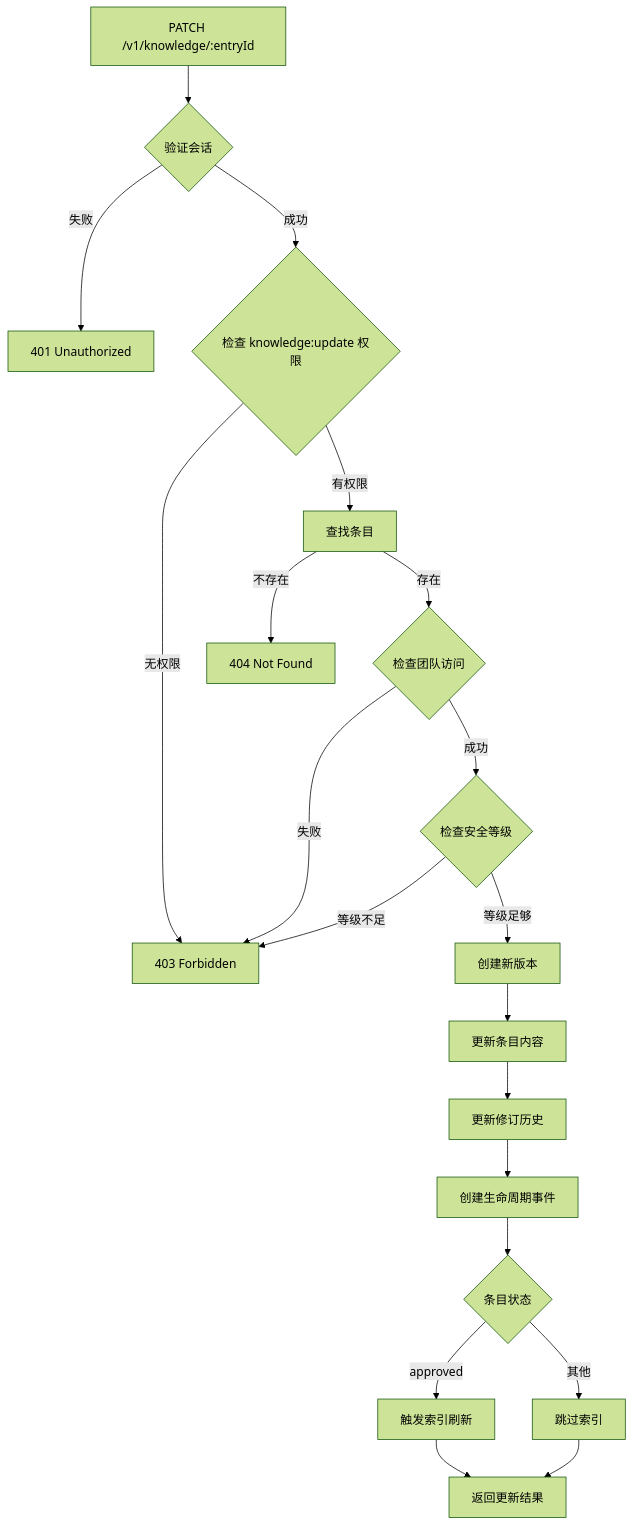
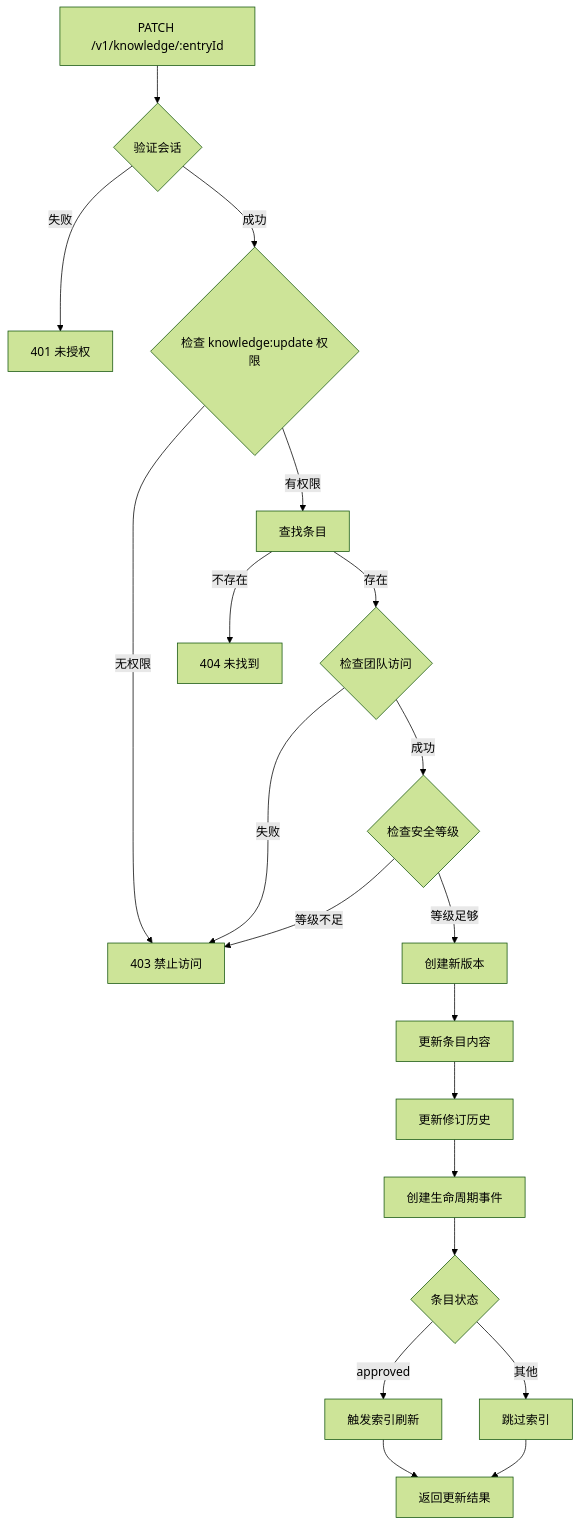
The first of 5 diagrams in docs/architecture/components/UPDATE.md (pofossette/TrapMap-for-vibing), drawn with Mermaid (forest theme) before and after one commit. The commit also changed 11 other files, not shown here.

First line of the commit message:
docs: 转换 ASCII 框图为 Mermaid flowchart tb + subgraph，翻译已有 Mermaid 图表为简体中文

````diff
--- a/docs/architecture/components/UPDATE.md
+++ b/docs/architecture/components/UPDATE.md
@@ -9,28 +9,28 @@
 ```mermaid
 flowchart TD
     A[PATCH /v1/knowledge/:entryId] --> B{验证会话}
-    B -->|失败| C[401 Unauthorized]
+    B -->|失败| C[401 未授权]
     B -->|成功| D{检查 knowledge:update 权限}
-    D -->|无权限| E[403 Forbidden]
+    D -->|无权限| E[403 禁止访问]
     D -->|有权限| F[查找条目]
     
-    F -->|不存在| G[404 Not Found]
+    F -->|不存在| G[404 未找到]
     F -->|存在| H{检查团队访问}
     
     H -->|失败| E
     H -->|成功| I{检查安全等级}
     
     I -->|等级不足| E
     I -->|等级足够| J[创建新版本]
     
     J --> K[更新条目内容]
     K --> L[更新修订历史]
     L --> M[创建生命周期事件]
     M --> N{条目状态}
     
     N -->|approved| O[触发索引刷新]
     N -->|其他| P[跳过索引]
     
     O --> Q[返回更新结果]
     P --> Q
 ```
````
